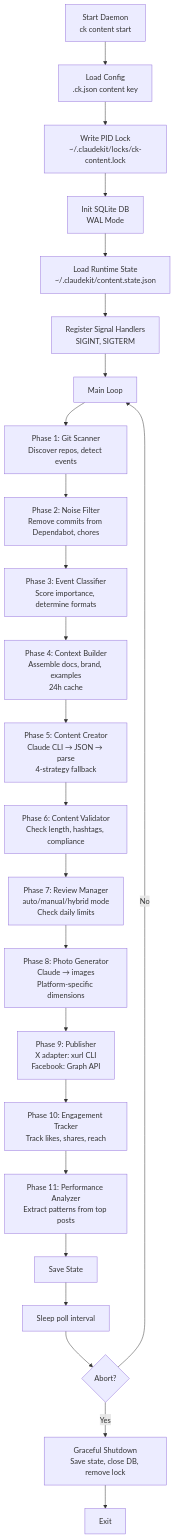
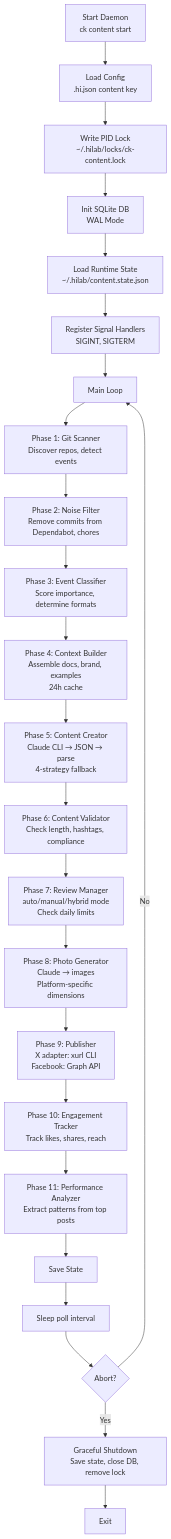
The diagram in docs/ck-content.md (kaeljune/hilab-cli), drawn with Mermaid before and after one commit. The commit also changed other lines of this file and 414 other files, not shown here.

First line of the commit message:
refactor: rename ck→hi, claudekit→hilab identifiers

````diff
--- a/docs/ck-content.md
+++ b/docs/ck-content.md
@@ -59,27 +59,27 @@
 ```mermaid
 flowchart TD
-    A["Start Daemon<br/>ck content start"] --> B["Load Config<br/>.ck.json content key"]
-    B --> C["Write PID Lock<br/>~/.claudekit/locks/ck-content.lock"]
+    A["Start Daemon<br/>ck content start"] --> B["Load Config<br/>.hi.json content key"]
+    B --> C["Write PID Lock<br/>~/.hilab/locks/ck-content.lock"]
     C --> D["Init SQLite DB<br/>WAL Mode"]
-    D --> E["Load Runtime State<br/>~/.claudekit/content.state.json"]
+    D --> E["Load Runtime State<br/>~/.hilab/content.state.json"]
     E --> F["Register Signal Handlers<br/>SIGINT, SIGTERM"]
     F --> G["Main Loop"]
 
     G --> H["Phase 1: Git Scanner<br/>Discover repos, detect events"]
     H --> I["Phase 2: Noise Filter<br/>Remove commits from Dependabot, chores"]
     I --> J["Phase 3: Event Classifier<br/>Score importance, determine formats"]
     J --> K["Phase 4: Context Builder<br/>Assemble docs, brand, examples<br/>24h cache"]
     K --> L["Phase 5: Content Creator<br/>Claude CLI → JSON → parse<br/>4-strategy fallback"]
     L --> M["Phase 6: Content Validator<br/>Check length, hashtags, compliance"]
     M --> N["Phase 7: Review Manager<br/>auto/manual/hybrid mode<br/>Check daily limits"]
     N --> O["Phase 8: Photo Generator<br/>Claude → images<br/>Platform-specific dimensions"]
     O --> P["Phase 9: Publisher<br/>X adapter: xurl CLI<br/>Facebook: Graph API"]
     P --> Q["Phase 10: Engagement Tracker<br/>Track likes, shares, reach"]
     Q --> R["Phase 11: Performance Analyzer<br/>Extract patterns from top posts"]
     R --> S["Save State"]
     S --> T["Sleep poll interval"]
     T --> U{"Abort?"}
     U -->|No| G
     U -->|Yes| V["Graceful Shutdown<br/>Save state, close DB, remove lock"]
     V --> W["Exit"]
 ```
````
